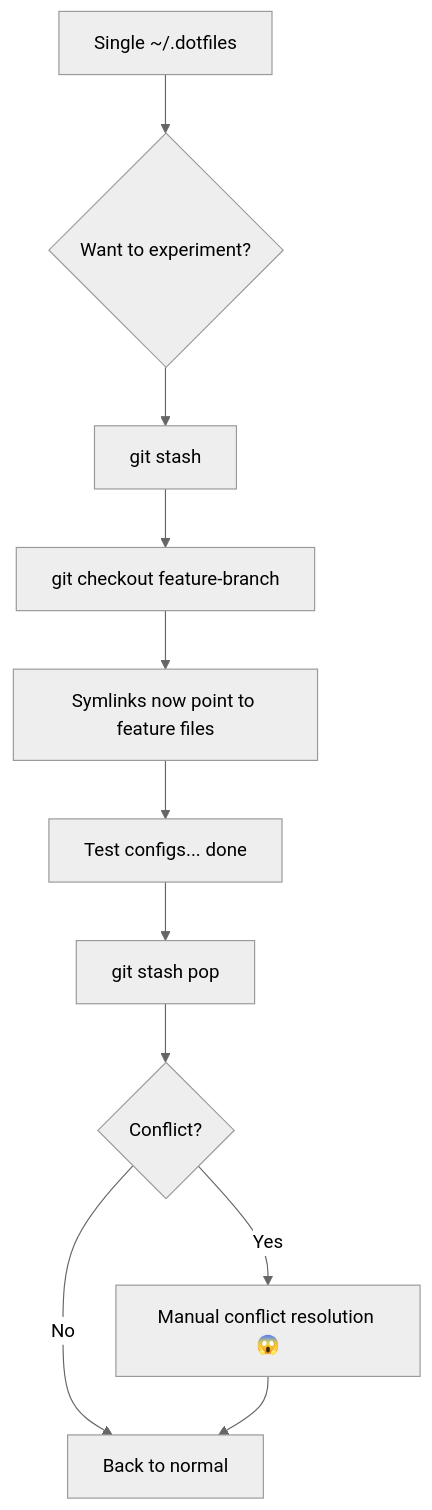
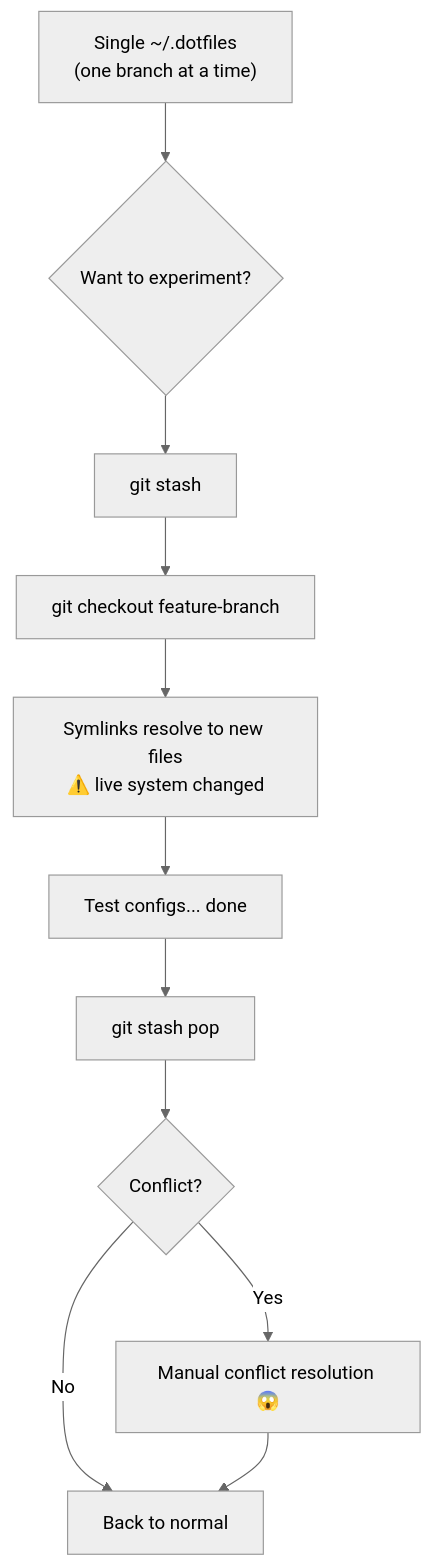
The first of 4 diagrams in git-worktree-guide.md (fcmiranda/.dotfiles), drawn with Mermaid (neutral theme) before and after one commit. The commit also changed other lines of this file, not shown here.

Commit message:
docs: update guide to reflect ~/dotfiles/main sibling-worktree structure

````diff
--- a/git-worktree-guide.md
+++ b/git-worktree-guide.md
@@ -99,13 +97,13 @@
 ```mermaid
 flowchart TD
-    A[Single ~/.dotfiles] --> B{Want to experiment?}
+    A["Single ~/.dotfiles\n(one branch at a time)"] --> B{Want to experiment?}
     B --> C[git stash]
     C --> D[git checkout feature-branch]
-    D --> E[Symlinks now point to feature files]
+    D --> E["Symlinks resolve to new files\n⚠️ live system changed"]
     E --> F[Test configs... done]
     F --> G[git stash pop]
     G --> H{Conflict?}
     H -- No --> I[Back to normal]
-    H -- Yes --> J[Manual conflict resolution 😱]
+    H -- Yes --> J["Manual conflict resolution 😱"]
     J --> I
 ```
````
